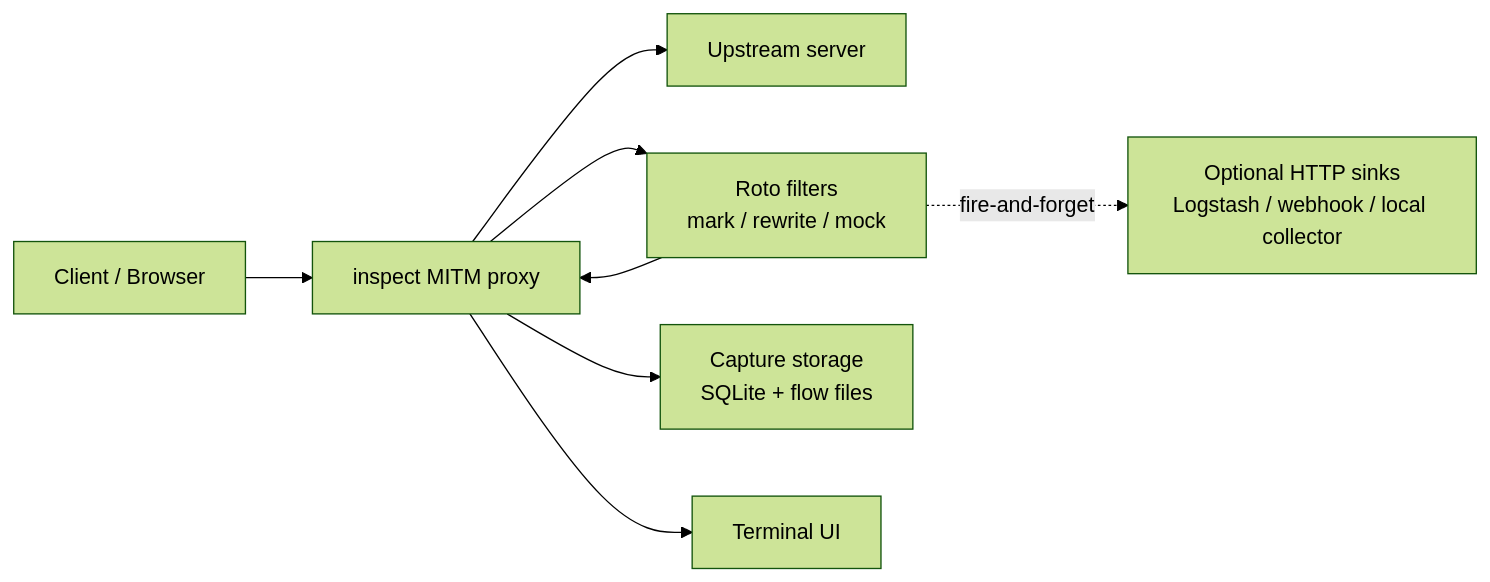
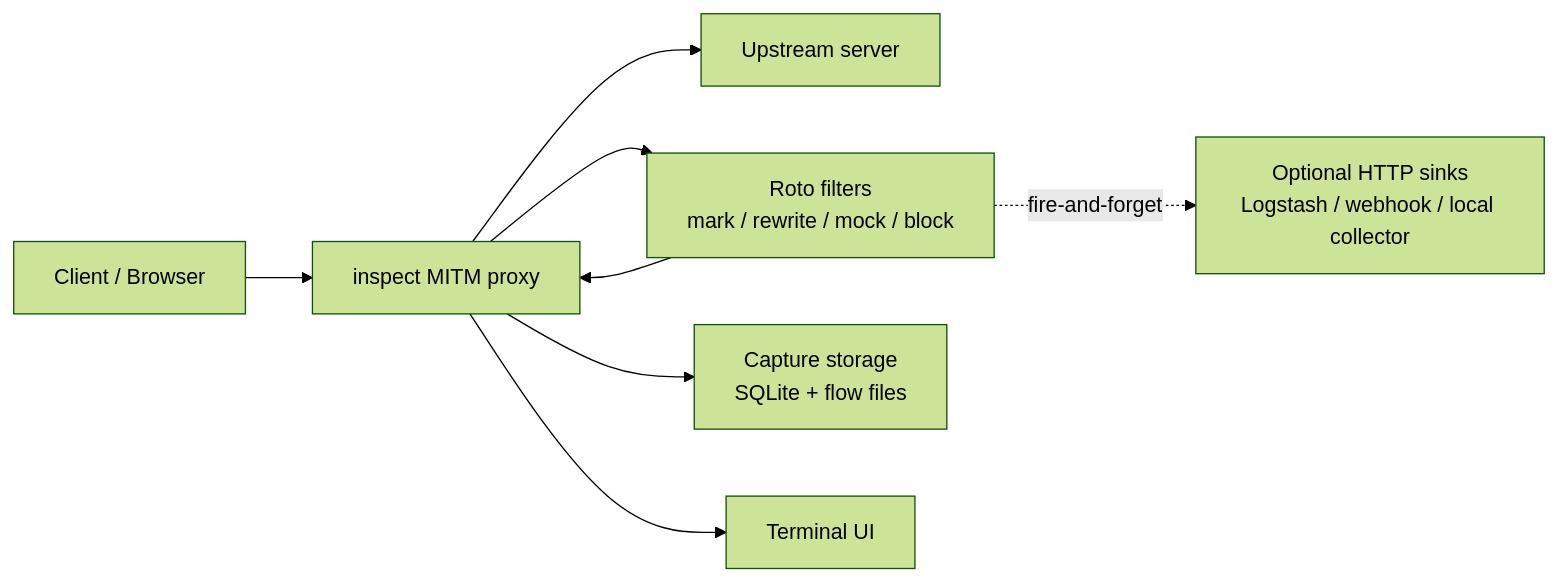
Before and after one commit to phunks/inspect: the diagram in README.md, drawn with Mermaid (forest theme). The commit also changed other lines of this file and 19 other files, not shown here.

````diff
--- a/README.md
+++ b/README.md
@@ -11,13 +11,13 @@
 ```mermaid
 flowchart LR
   client[Client / Browser] --> proxy[inspect MITM proxy]
   proxy --> upstream[Upstream server]
 
-  proxy --> filters[Roto filters<br/>mark / rewrite / mock]
+  proxy --> filters[Roto filters<br/>mark / rewrite / mock / block]
   filters --> proxy
 
   proxy --> capture[Capture storage<br/>SQLite + flow files]
   proxy --> tui[Terminal UI]
 
   filters -. fire-and-forget .-> sinks[Optional HTTP sinks<br/>Logstash / webhook / local collector]
 ```
````
